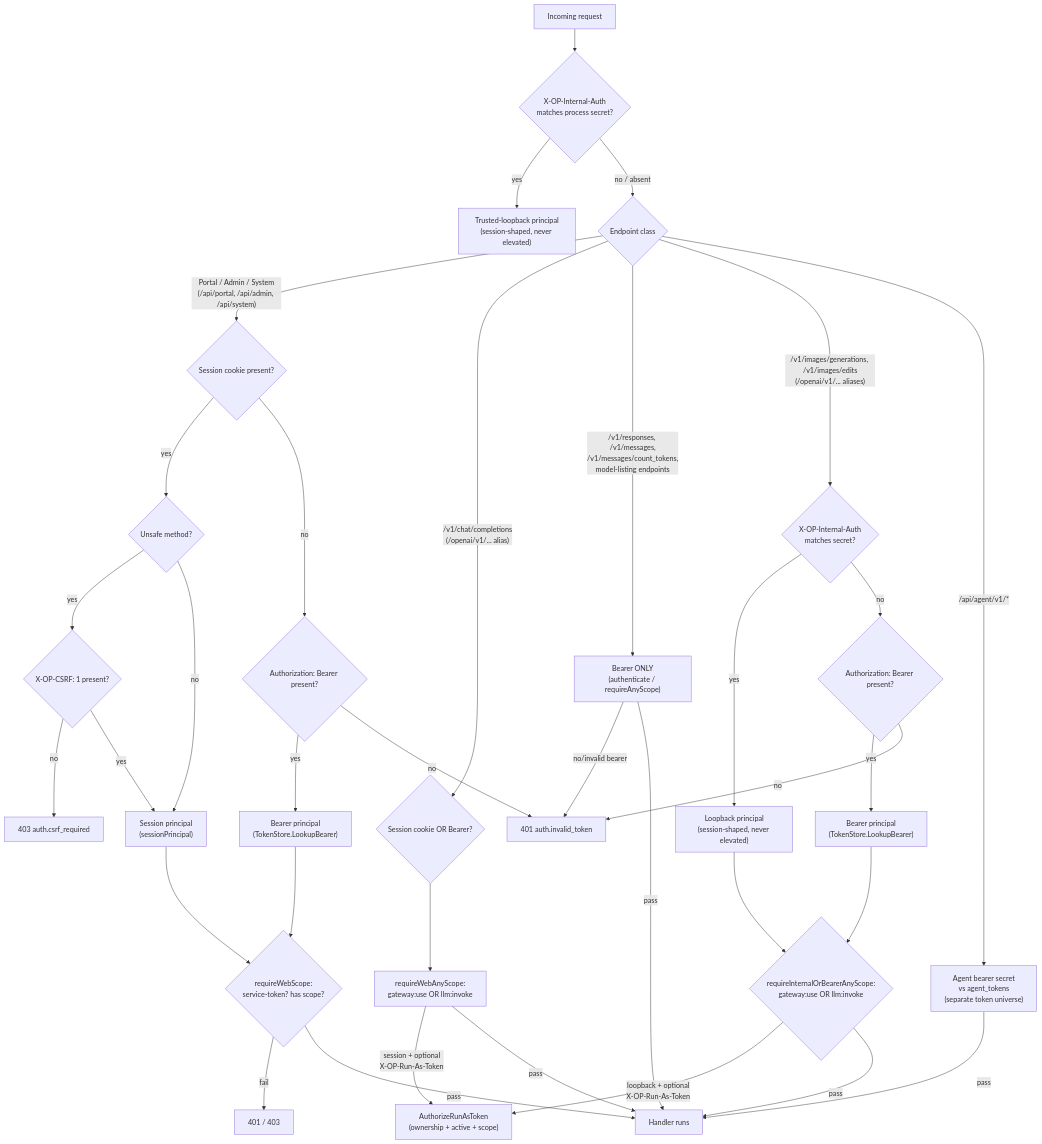
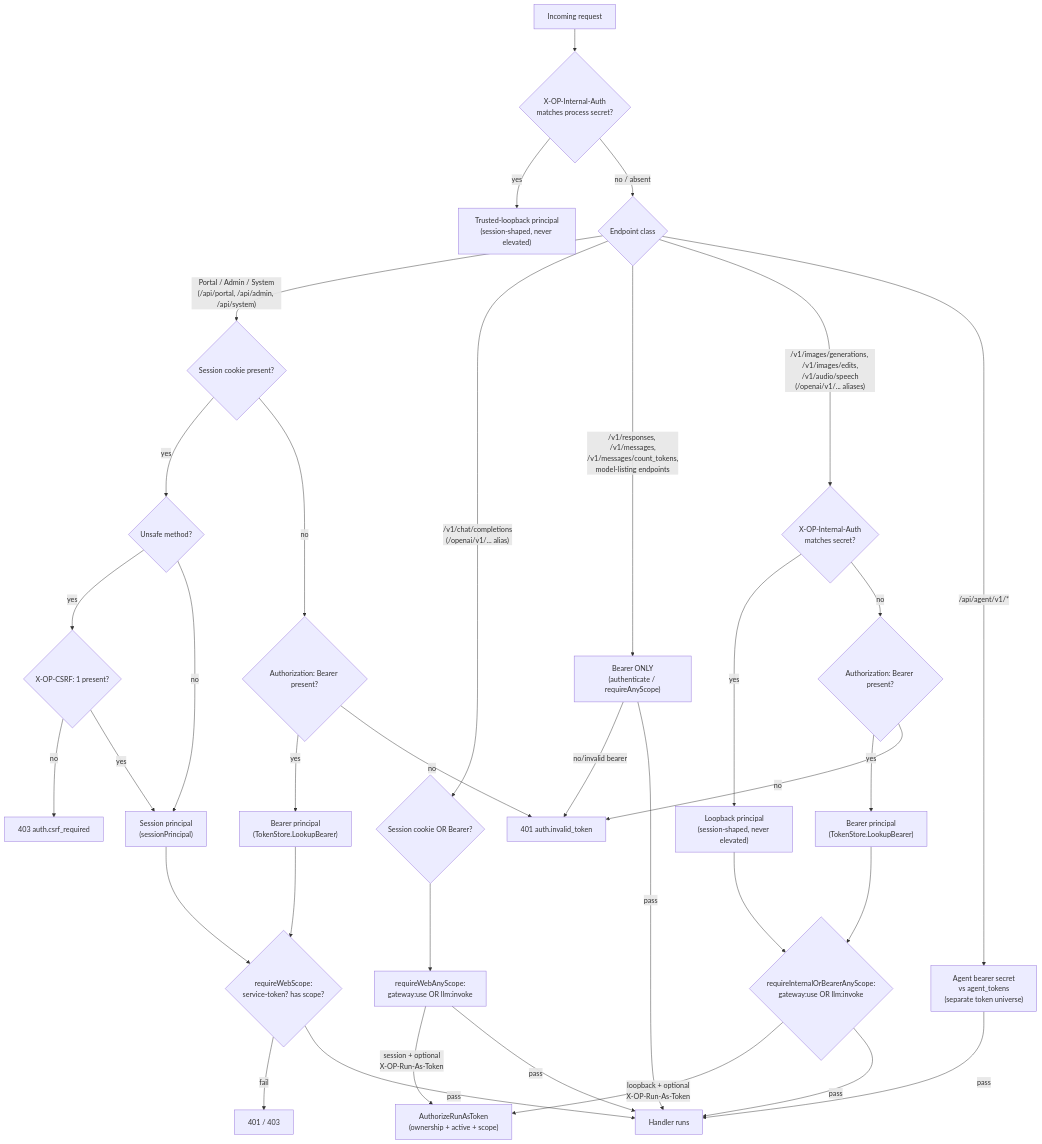
Before and after one commit to JLor08/op-ai-gateway: the first of 3 diagrams in docs/architecture/cross-cutting/security-auth-rbac.md, drawn with Mermaid. The commit also changed other lines of this file and 117 other files, not shown here.

First line of the commit message:
feat: serve POST /v1/audio/speech backed by audio.cpp (#68) (#241)

````diff
--- a/docs/architecture/cross-cutting/security-auth-rbac.md
+++ b/docs/architecture/cross-cutting/security-auth-rbac.md
@@ -319,42 +324,42 @@
 ```mermaid
 flowchart TD
     A["Incoming request"] --> B{"X-OP-Internal-Auth\nmatches process secret?"}
     B -- yes --> C["Trusted-loopback principal\n(session-shaped, never elevated)"]
     B -- no / absent --> D{"Endpoint class"}
 
     D -- "Portal / Admin / System\n(/api/portal, /api/admin, /api/system)" --> E{"Session cookie present?"}
     E -- yes --> F{"Unsafe method?"}
     F -- yes --> G{"X-OP-CSRF: 1 present?"}
     G -- no --> X1["403 auth.csrf_required"]
     G -- yes --> H["Session principal\n(sessionPrincipal)"]
     F -- no --> H
     E -- no --> I{"Authorization: Bearer present?"}
     I -- yes --> J["Bearer principal\n(TokenStore.LookupBearer)"]
     I -- no --> X2["401 auth.invalid_token"]
     H --> K{"requireWebScope:\nservice-token? has scope?"}
     J --> K
     K -- fail --> X3["401 / 403"]
     K -- pass --> L["Handler runs"]
 
     D -- "/v1/chat/completions\n(/openai/v1/... alias)" --> M{"Session cookie OR Bearer?"}
     M --> N["requireWebAnyScope:\ngateway:use OR llm:invoke"]
     N -- "session + optional\nX-OP-Run-As-Token" --> O["AuthorizeRunAsToken\n(ownership + active + scope)"]
     N -- pass --> L
 
     D -- "/v1/responses, /v1/messages,\n/v1/messages/count_tokens,\nmodel-listing endpoints" --> P["Bearer ONLY\n(authenticate / requireAnyScope)"]
     P -- no/invalid bearer --> X2
     P -- pass --> L
 
-    D -- "/v1/images/generations, /v1/images/edits\n(/openai/v1/... aliases)" --> R{"X-OP-Internal-Auth\nmatches secret?"}
+    D -- "/v1/images/generations, /v1/images/edits,\n/v1/audio/speech\n(/openai/v1/... aliases)" --> R{"X-OP-Internal-Auth\nmatches secret?"}
     R -- yes --> S["Loopback principal\n(session-shaped, never elevated)"]
     R -- no --> T{"Authorization: Bearer present?"}
     T -- yes --> U["Bearer principal\n(TokenStore.LookupBearer)"]
     T -- no --> X2
     S --> V{"requireInternalOrBearerAnyScope:\ngateway:use OR llm:invoke"}
     U --> V
     V -- "loopback + optional\nX-OP-Run-As-Token" --> O
     V -- pass --> L
 
     D -- "/api/agent/v1/*" --> Q["Agent bearer secret\nvs agent_tokens\n(separate token universe)"]
     Q -- pass --> L
 ```
````
